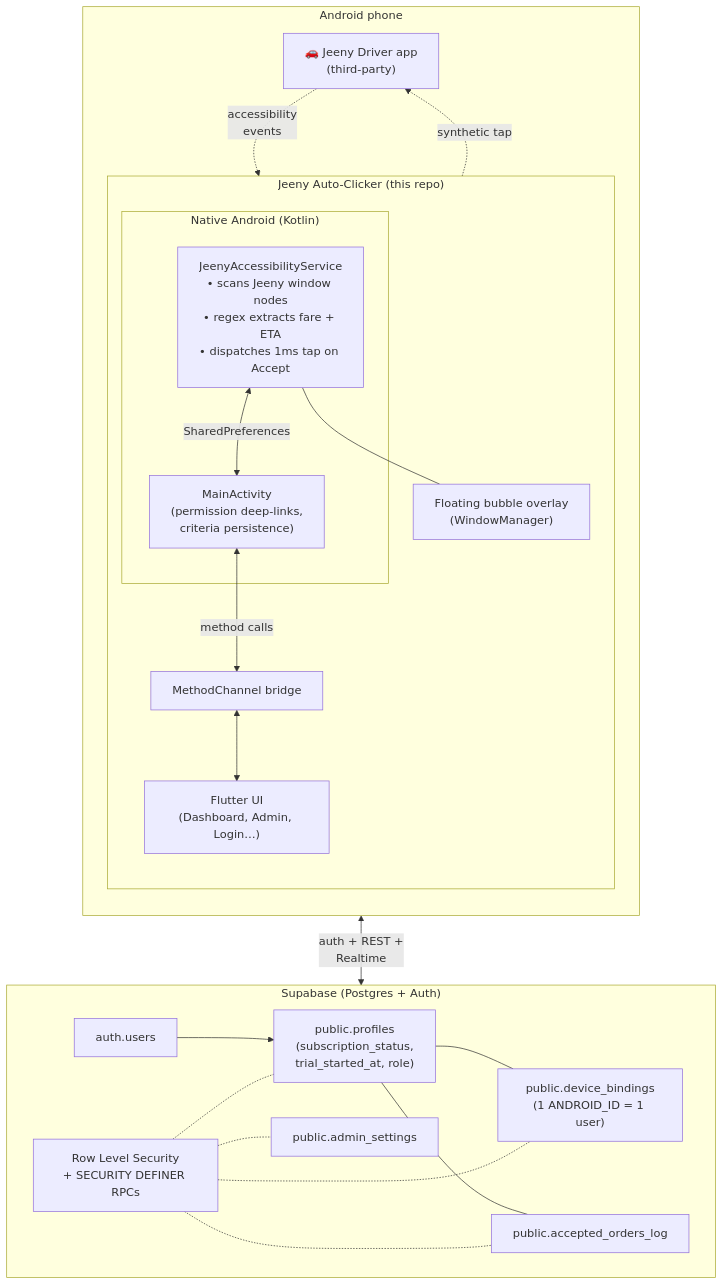
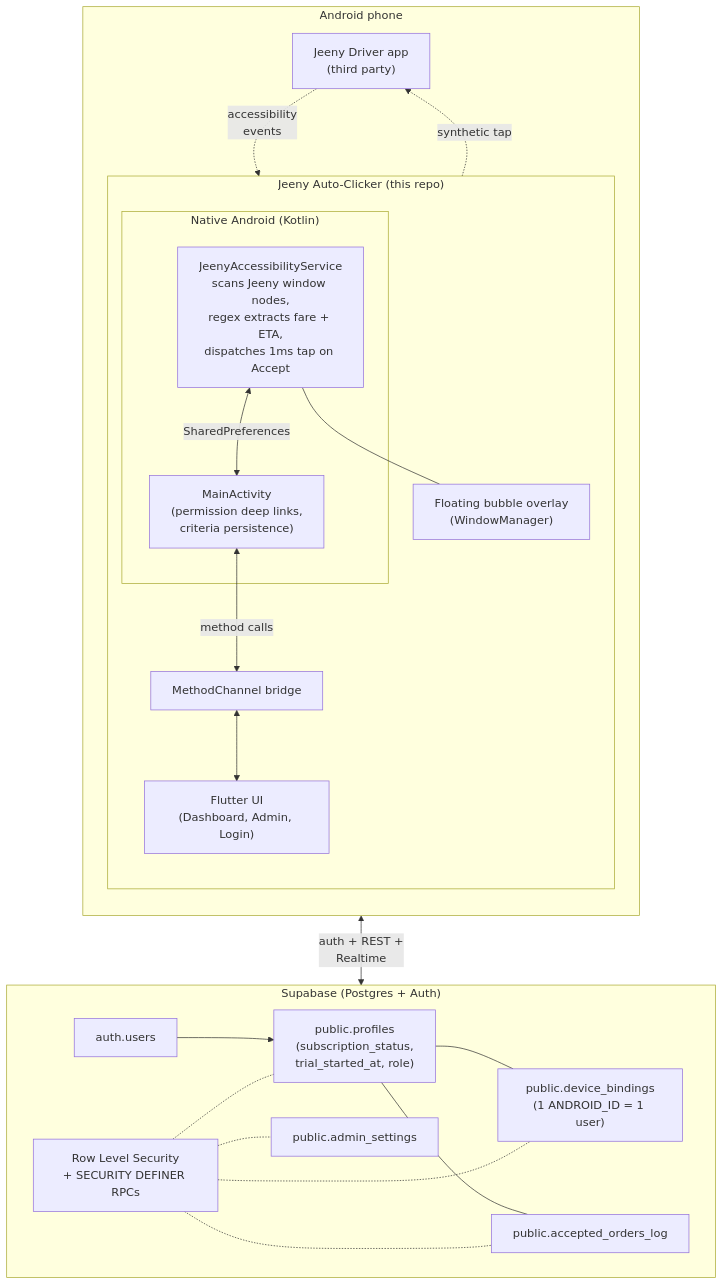
The diagram in README.md (iHakawaTi/Jeeny-Auto-Clicker), drawn with Mermaid before and after one commit. The commit also changed other lines of this file and 1 other file, not shown here.

````diff
--- a/README.md
+++ b/README.md
@@ -97,44 +57,44 @@
 ```mermaid
 flowchart TB
   subgraph Phone["Android phone"]
     direction TB
-    Jeeny["🚗 Jeeny Driver app<br/>(third-party)"]
+    Jeeny["Jeeny Driver app<br/>(third party)"]
 
     subgraph AutoClicker["Jeeny Auto-Clicker (this repo)"]
       direction TB
-      FlutterUI["Flutter UI<br/>(Dashboard, Admin, Login…)"]
+      FlutterUI["Flutter UI<br/>(Dashboard, Admin, Login)"]
       Bridge["MethodChannel bridge"]
       Bubble["Floating bubble overlay<br/>(WindowManager)"]
 
       subgraph Native["Native Android (Kotlin)"]
-        AccessSvc["JeenyAccessibilityService<br/>• scans Jeeny window nodes<br/>• regex extracts fare + ETA<br/>• dispatches 1ms tap on Accept"]
-        MainAct["MainActivity<br/>(permission deep-links,<br/> criteria persistence)"]
+        AccessSvc["JeenyAccessibilityService<br/>scans Jeeny window nodes,<br/>regex extracts fare + ETA,<br/>dispatches 1ms tap on Accept"]
+        MainAct["MainActivity<br/>(permission deep links,<br/>criteria persistence)"]
       end
     end
   end
 
   subgraph Cloud["Supabase (Postgres + Auth)"]
     Auth["auth.users"]
     Profiles["public.profiles<br/>(subscription_status,<br/>trial_started_at, role)"]
     Devices["public.device_bindings<br/>(1 ANDROID_ID = 1 user)"]
     Orders["public.accepted_orders_log"]
     Admin["public.admin_settings"]
     RLS["Row Level Security<br/>+ SECURITY DEFINER RPCs"]
   end
 
   Jeeny -.-> |accessibility<br/>events| AccessSvc
   AccessSvc -.-> |synthetic tap| Jeeny
   AccessSvc <--> |SharedPreferences| MainAct
   MainAct <--> |method calls| Bridge
   Bridge <--> FlutterUI
   AccessSvc --- Bubble
 
   FlutterUI <--> |auth + REST +<br/>Realtime| Cloud
   Auth --> Profiles
   Profiles --- Devices
   Profiles --- Orders
   RLS -.- Profiles
   RLS -.- Devices
   RLS -.- Orders
   RLS -.- Admin
 ```
````
